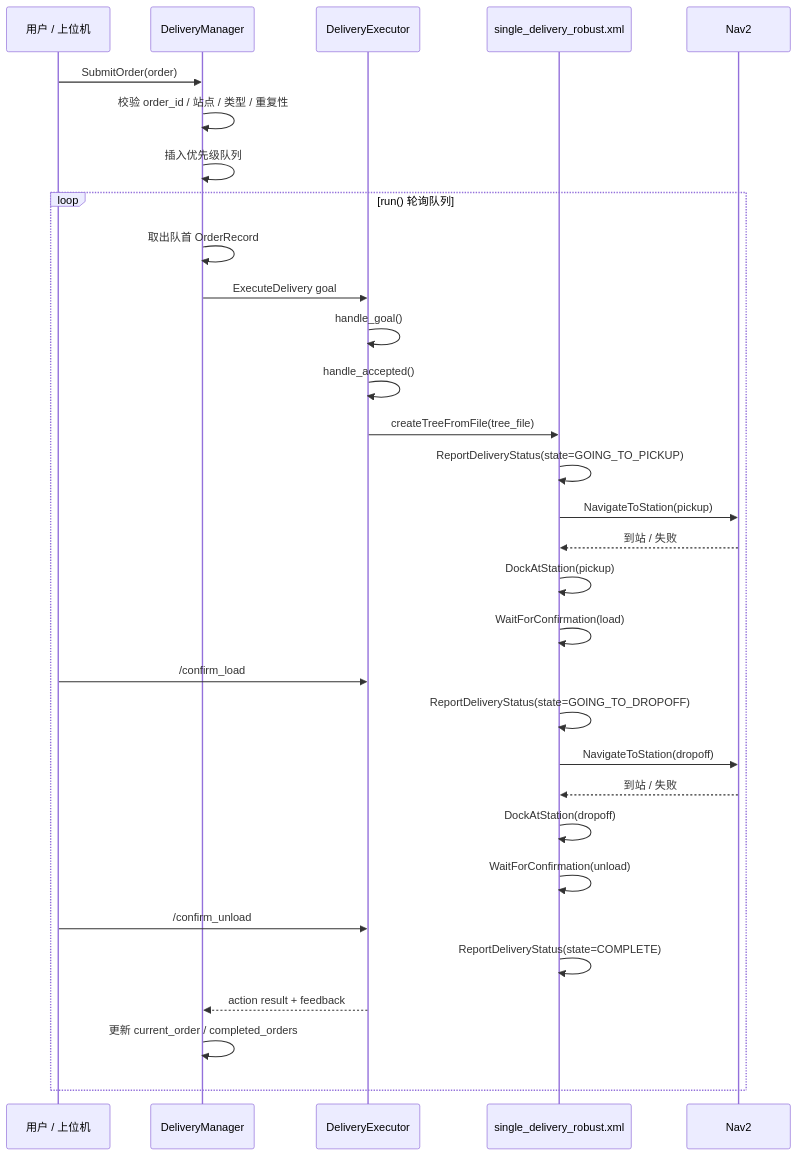
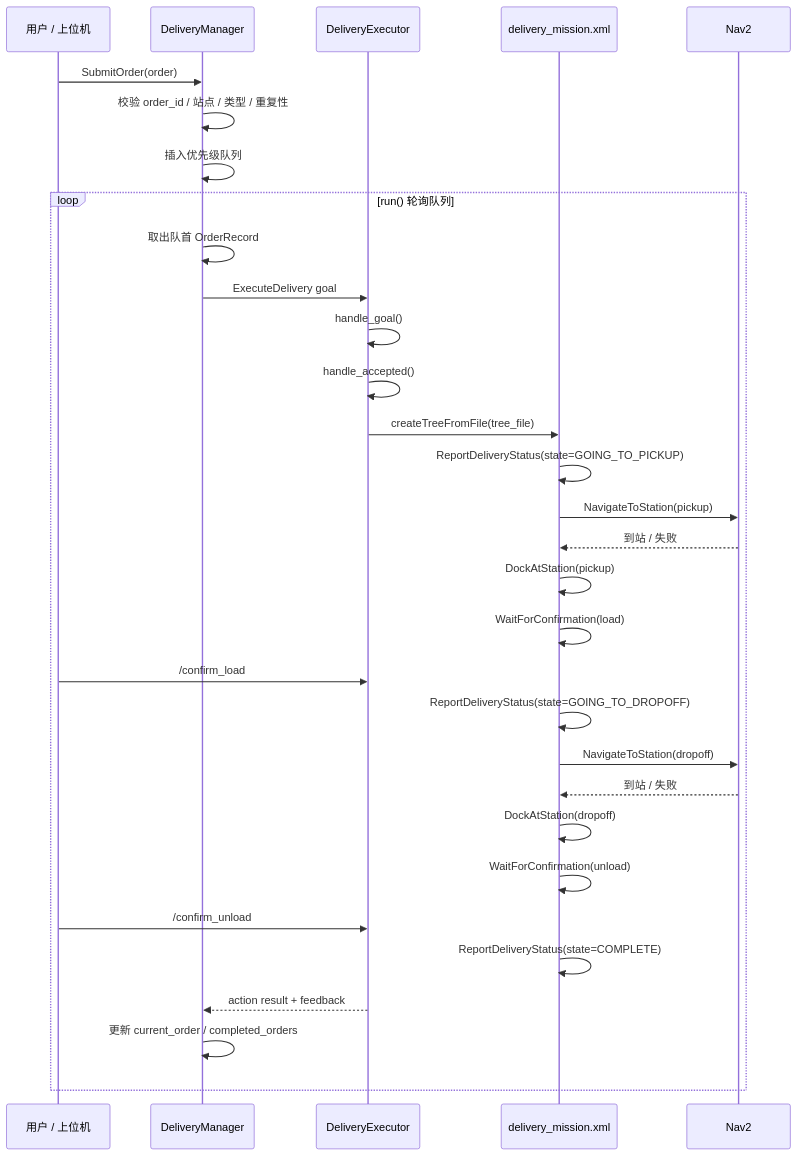
The sixth of 8 diagrams in docs/architecture.md (strawberry2333/ros2_delivery_robot), drawn with Mermaid before and after one commit. The commit also changed other lines of this file and 2 other files, not shown here.

First line of the commit message:
文档同步：默认 BT XML 描述更新 + 审核报告归档

````diff
--- a/docs/architecture.md
+++ b/docs/architecture.md
@@ -327,38 +327,38 @@
 ```mermaid
 sequenceDiagram
     participant User as 用户 / 上位机
     participant Manager as DeliveryManager
     participant Executor as DeliveryExecutor
-    participant BT as single_delivery_robust.xml
+    participant BT as delivery_mission.xml
     participant Nav2 as Nav2
 
     User->>Manager: SubmitOrder(order)
     Manager->>Manager: 校验 order_id / 站点 / 类型 / 重复性
     Manager->>Manager: 插入优先级队列
 
     loop run() 轮询队列
         Manager->>Manager: 取出队首 OrderRecord
         Manager->>Executor: ExecuteDelivery goal
         Executor->>Executor: handle_goal()
         Executor->>Executor: handle_accepted()
         Executor->>BT: createTreeFromFile(tree_file)
 
         BT->>BT: ReportDeliveryStatus(state=GOING_TO_PICKUP)
         BT->>Nav2: NavigateToStation(pickup)
         Nav2-->>BT: 到站 / 失败
         BT->>BT: DockAtStation(pickup)
         BT->>BT: WaitForConfirmation(load)
         User->>Executor: /confirm_load
 
         BT->>BT: ReportDeliveryStatus(state=GOING_TO_DROPOFF)
         BT->>Nav2: NavigateToStation(dropoff)
         Nav2-->>BT: 到站 / 失败
         BT->>BT: DockAtStation(dropoff)
         BT->>BT: WaitForConfirmation(unload)
         User->>Executor: /confirm_unload
 
         BT->>BT: ReportDeliveryStatus(state=COMPLETE)
         Executor-->>Manager: action result + feedback
         Manager->>Manager: 更新 current_order / completed_orders
     end
 ```
````
